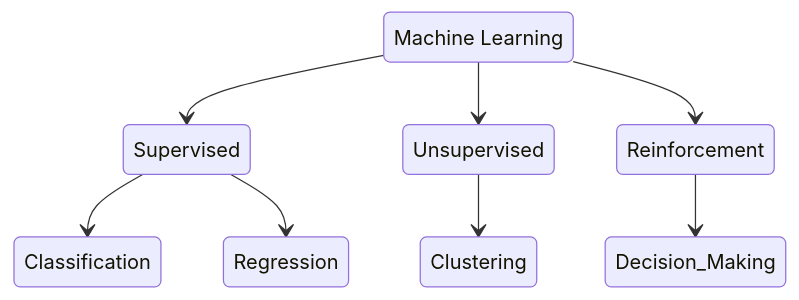
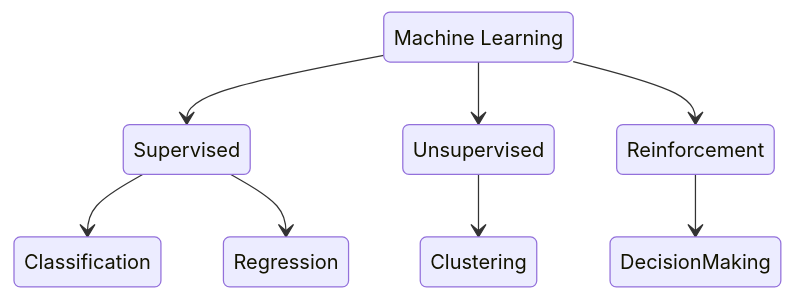
The diagram in content/docs/ai/terminology.md (arshadhs/arshadhs.github.io), drawn with Mermaid before and after one commit.

Commit message:
mermaid fix underscore

```diff
--- a/content/docs/ai/terminology.md
+++ b/content/docs/ai/terminology.md
@@ -14,12 +14,12 @@
 {{<mermaid>}}
 stateDiagram-v2
     State1: Machine Learning
 	State1 --> Supervised
 	Supervised --> 	Classification
 	Supervised --> 	Regression
 	State1 --> Unsupervised
 	Unsupervised --> Clustering
 	State1 --> Reinforcement
-	Reinforcement --> Decision_Making
+	Reinforcement --> DecisionMaking
 
 {{</mermaid>}}
```
